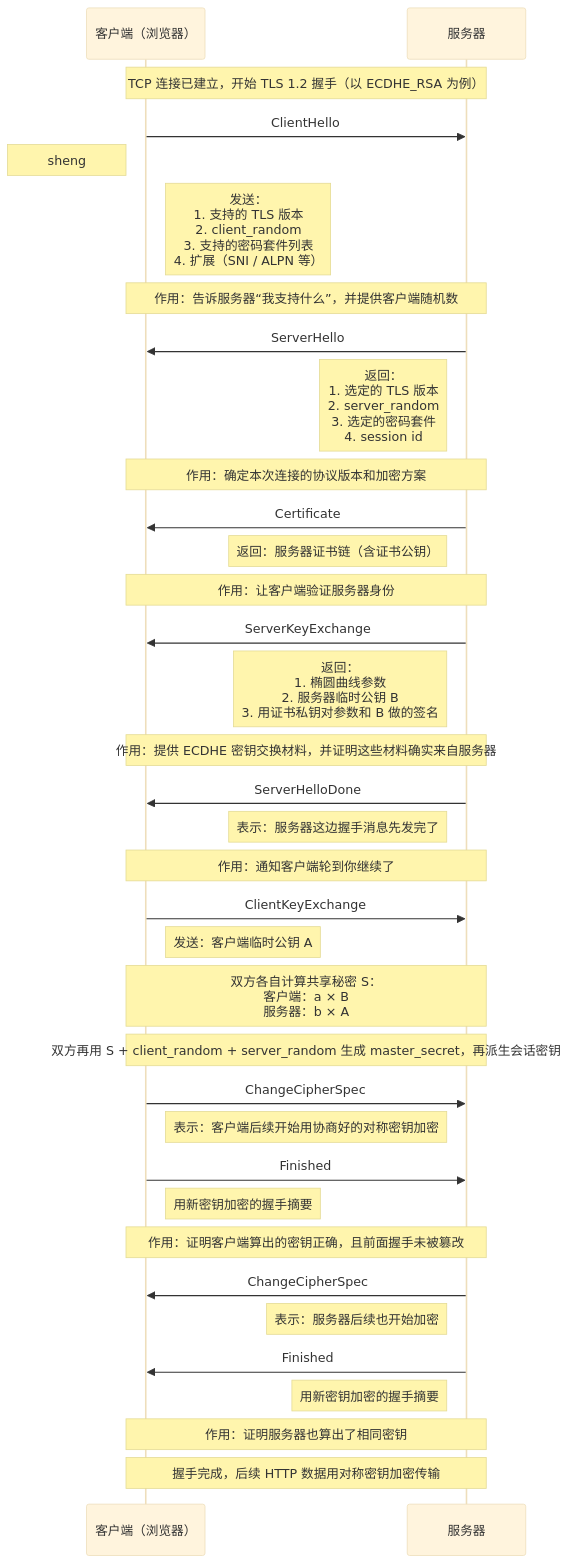
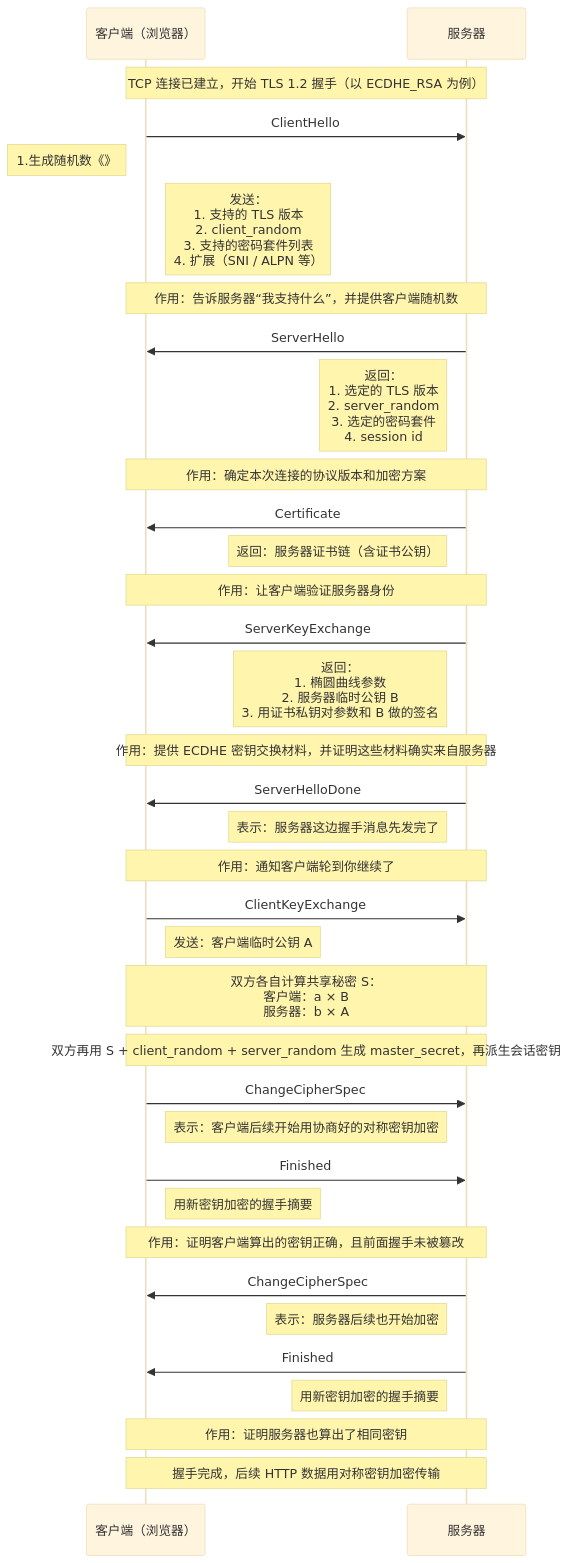
Before and after one commit to HY-10-8/iodraw-files: the diagram in all/TLS-1.2-ECDHA.md, drawn with Mermaid (base theme).

Commit message:
2026-03-30 16:46:03 update

````diff
--- a/all/TLS-1.2-ECDHA.md
+++ b/all/TLS-1.2-ECDHA.md
@@ -1,50 +1,50 @@
 ```mermaid
 sequenceDiagram
     participant C as 客户端（浏览器）
     participant S as 服务器
 
     Note over C,S: TCP 连接已建立，开始 TLS 1.2 握手（以 ECDHE_RSA 为例）
 
     C->>S: ClientHello
-    Note left of C: sheng
+    Note left of C: 1.生成随机数《》
     Note right of C: 发送：<br/>1. 支持的 TLS 版本<br/>2. client_random<br/>3. 支持的密码套件列表<br/>4. 扩展（SNI / ALPN 等）
     Note over C,S: 作用：告诉服务器“我支持什么”，并提供客户端随机数
 
     S->>C: ServerHello
     Note left of S: 返回：<br/>1. 选定的 TLS 版本<br/>2. server_random<br/>3. 选定的密码套件<br/>4. session id
     Note over C,S: 作用：确定本次连接的协议版本和加密方案
 
     S->>C: Certificate
     Note left of S: 返回：服务器证书链（含证书公钥）
     Note over C,S: 作用：让客户端验证服务器身份
 
     S->>C: ServerKeyExchange
     Note left of S: 返回：<br/>1. 椭圆曲线参数<br/>2. 服务器临时公钥 B<br/>3. 用证书私钥对参数和 B 做的签名
     Note over C,S: 作用：提供 ECDHE 密钥交换材料，并证明这些材料确实来自服务器
 
     S->>C: ServerHelloDone
     Note left of S: 表示：服务器这边握手消息先发完了
     Note over C,S: 作用：通知客户端轮到你继续了
 
     C->>S: ClientKeyExchange
     Note right of C: 发送：客户端临时公钥 A
     Note over C,S: 双方各自计算共享秘密 S：<br/>客户端：a × B<br/>服务器：b × A
 
     Note over C,S: 双方再用 S + client_random + server_random 生成 master_secret，再派生会话密钥
 
     C->>S: ChangeCipherSpec
     Note right of C: 表示：客户端后续开始用协商好的对称密钥加密
 
     C->>S: Finished
     Note right of C: 用新密钥加密的握手摘要
     Note over C,S: 作用：证明客户端算出的密钥正确，且前面握手未被篡改
 
     S->>C: ChangeCipherSpec
     Note left of S: 表示：服务器后续也开始加密
 
     S->>C: Finished
     Note left of S: 用新密钥加密的握手摘要
     Note over C,S: 作用：证明服务器也算出了相同密钥
 
     Note over C,S: 握手完成，后续 HTTP 数据用对称密钥加密传输
 ```
````
